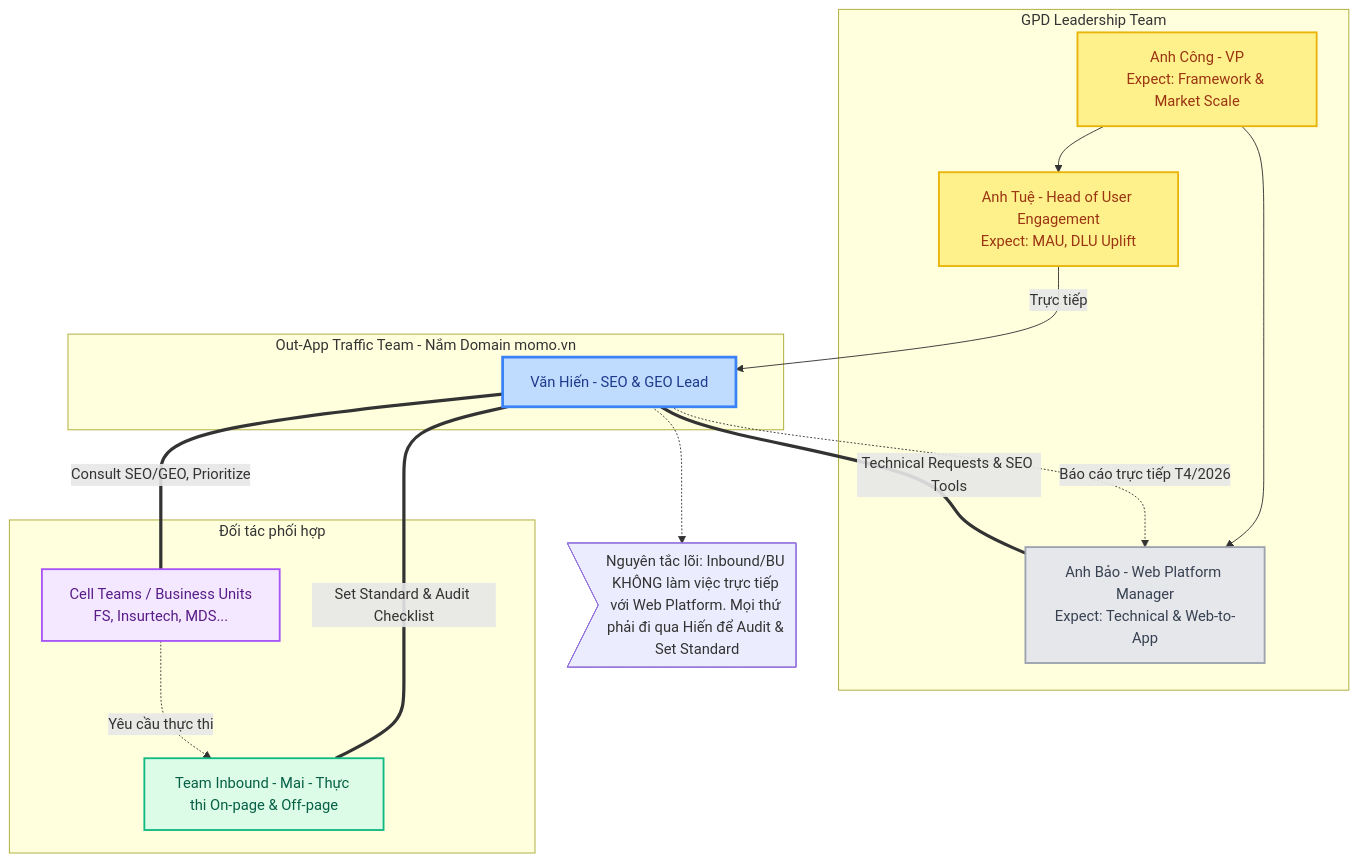
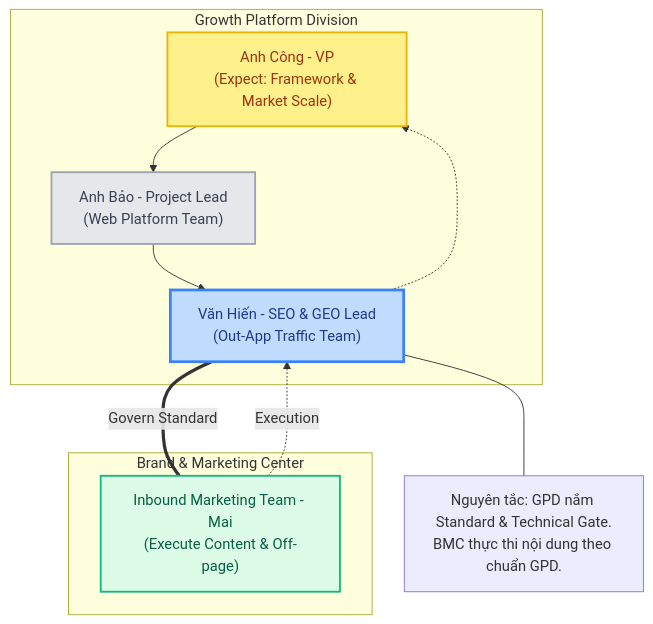
The first of 2 diagrams in 00_HARNESS_CORE/hienho_master_doc.md (vanhien26/hienho-knowledgebase), drawn with Mermaid before and after one commit. The commit also changed other lines of this file and 84 other files, not shown here.

````diff
--- a/00_HARNESS_CORE/hienho_master_doc.md
+++ b/00_HARNESS_CORE/hienho_master_doc.md
@@ -159,42 +196,30 @@
 ```mermaid
 flowchart TD
     %% Define styles
     classDef leadership fill:#fef08a,stroke:#eab308,stroke-width:2px,color:#9a3412
     classDef hien fill:#bfdbfe,stroke:#3b82f6,stroke-width:3px,color:#1e3a8a
     classDef tech fill:#e5e7eb,stroke:#9ca3af,stroke-width:2px,color:#374151
     classDef inbound fill:#dcfce7,stroke:#10b981,stroke-width:2px,color:#065f46
-    classDef bu fill:#f3e8ff,stroke:#a855f7,stroke-width:2px,color:#581c87
     
-    subgraph Leadership[GPD Leadership Team]
-        Cong[Anh Công - VP\nExpect: Framework & Market Scale]:::leadership
-        Tue[Anh Tuệ - Head of User Engagement\nExpect: MAU, DLU Uplift]:::leadership
-        Bao[Anh Bảo - Web Platform Manager\nExpect: Technical & Web-to-App]:::tech
+    subgraph GPD ["Growth Platform Division"]
+        Cong["Anh Công - VP<br/>(Expect: Framework & Market Scale)"]:::leadership
+        Bao["Anh Bảo - Project Lead<br/>(Web Platform Team)"]:::tech
+        Hien["Văn Hiến - SEO & GEO Lead<br/>(Out-App Traffic Team)"]:::hien
         
-        Cong --> Tue
         Cong --> Bao
+        Bao --> Hien
+        Hien -.-> Cong
     end
 
-    subgraph OutApp[Out-App Traffic Team - Nắm Domain momo.vn]
-        Hien[Văn Hiến - SEO & GEO Lead]:::hien
-    end
-    
-    %% Reporting lines
-    Tue -->|Trực tiếp| Hien
-    Hien -.->|Báo cáo trực tiếp T4/2026| Bao
-
-    subgraph Stakeholders[Đối tác phối hợp]
-        Inbound[Team Inbound - Mai - Thực thi On-page & Off-page]:::inbound
-        BU[Cell Teams / Business Units\nFS, Insurtech, MDS...]:::bu
+    subgraph BMC ["Brand & Marketing Center"]
+        Inbound["Inbound Marketing Team - Mai<br/>(Execute Content & Off-page)"]:::inbound
     end
 
     %% Interactions
-    Hien ===|Technical Requests & SEO Tools| Bao
-    Hien ===|Set Standard & Audit Checklist| Inbound
-    Hien ===|Consult SEO/GEO, Prioritize| BU
-    
-    BU -.->|Yêu cầu thực thi| Inbound
+    Hien ===|Govern Standard| Inbound
+    Inbound -.->|Execution| Hien
     
     %% Note
-    note1>Nguyên tắc lõi: Inbound/BU KHÔNG làm việc trực tiếp với Web Platform. Mọi thứ phải đi qua Hiến để Audit & Set Standard]
-    Hien -.-> note1
+    note1["Nguyên tắc: GPD nắm Standard & Technical Gate.<br/>BMC thực thi nội dung theo chuẩn GPD."]
+    Hien --- note1
 ```
````
